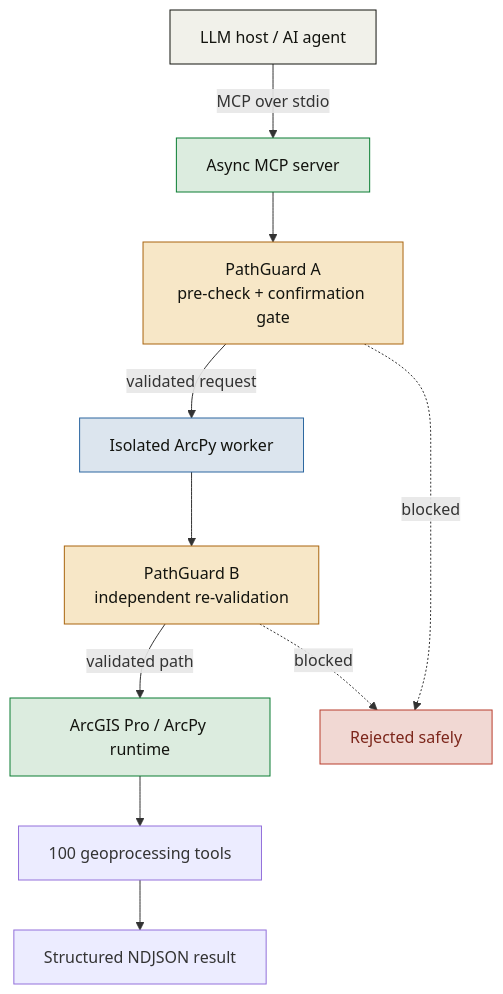
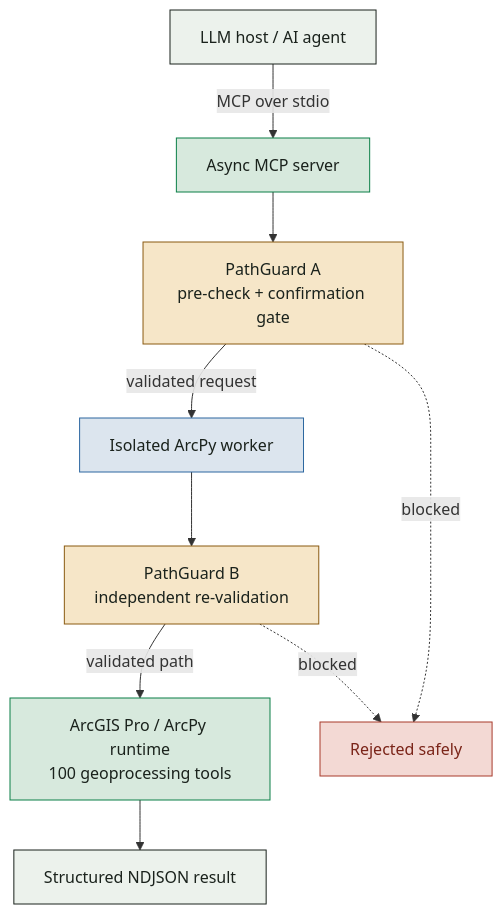
Before and after one commit to muend/muend: the diagram in README.md, drawn with Mermaid. The commit also changed other lines of this file and 5 other files, not shown here.

````diff
--- a/README.md
+++ b/README.md
@@ -146,20 +62,20 @@
 ```mermaid
 flowchart TB
     H["LLM host / AI agent"] -->|MCP over stdio| S["Async MCP server"]
     S --> A["PathGuard A<br/>pre-check + confirmation gate"]
     A -->|validated request| W["Isolated ArcPy worker"]
     W --> B["PathGuard B<br/>independent re-validation"]
-    B -->|validated path| G["ArcGIS Pro / ArcPy runtime"]
-    G --> T["100 geoprocessing tools"]
-    T --> O["Structured NDJSON result"]
+    B -->|validated path| G["ArcGIS Pro / ArcPy runtime<br/>100 geoprocessing tools"]
+    G --> O["Structured NDJSON result"]
     A -.->|blocked| X["Rejected safely"]
     B -.->|blocked| X
 
-    style H fill:#F1F1EA,stroke:#13140F,color:#13140F
-    style S fill:#DCECDF,stroke:#0A7D32,color:#13140F
-    style A fill:#F7E7C7,stroke:#A9650E,color:#13140F
-    style W fill:#DCE5EE,stroke:#2C67A0,color:#13140F
-    style B fill:#F7E7C7,stroke:#A9650E,color:#13140F
-    style G fill:#DCECDF,stroke:#0A7D32,color:#13140F
-    style X fill:#F1D8D3,stroke:#B83C2C,color:#7C261B
+    style H fill:#ECF2EC,stroke:#1A221C,color:#1A221C
+    style S fill:#D7E9DD,stroke:#0B7F47,color:#1A221C
+    style A fill:#F6E6C8,stroke:#8A5A11,color:#1A221C
+    style W fill:#DCE5EE,stroke:#2C67A0,color:#1A221C
+    style B fill:#F6E6C8,stroke:#8A5A11,color:#1A221C
+    style G fill:#D7E9DD,stroke:#0B7F47,color:#1A221C
+    style O fill:#ECF2EC,stroke:#1A221C,color:#1A221C
+    style X fill:#F3D9D4,stroke:#A83A2B,color:#7A2418
 ```
````
